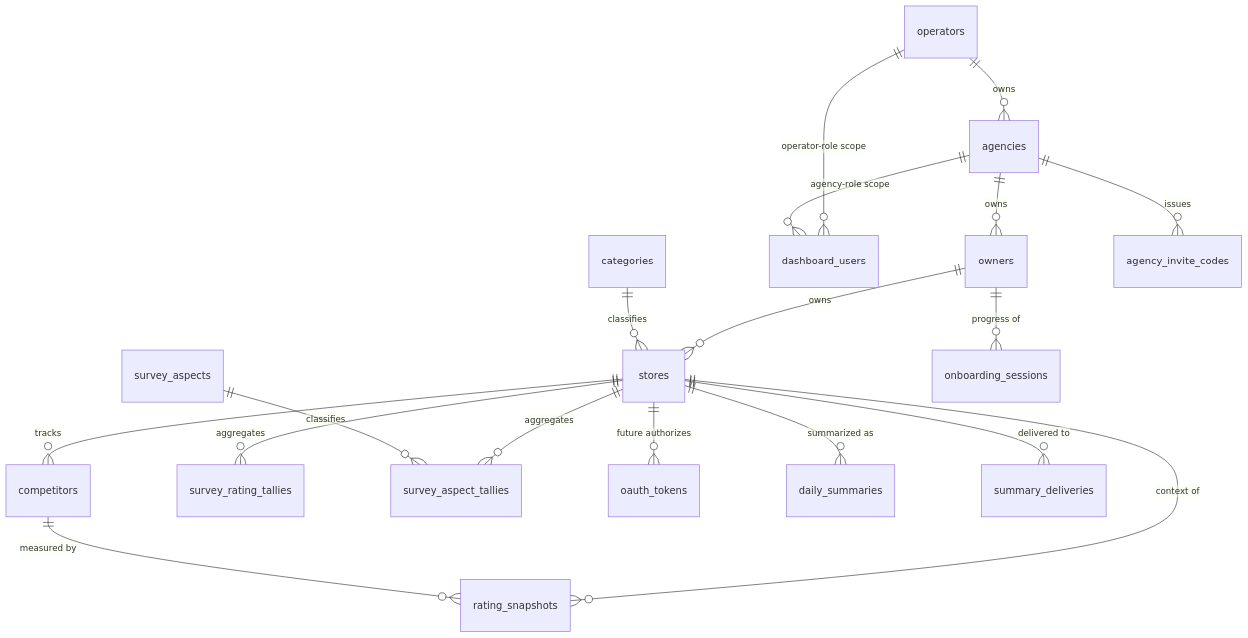
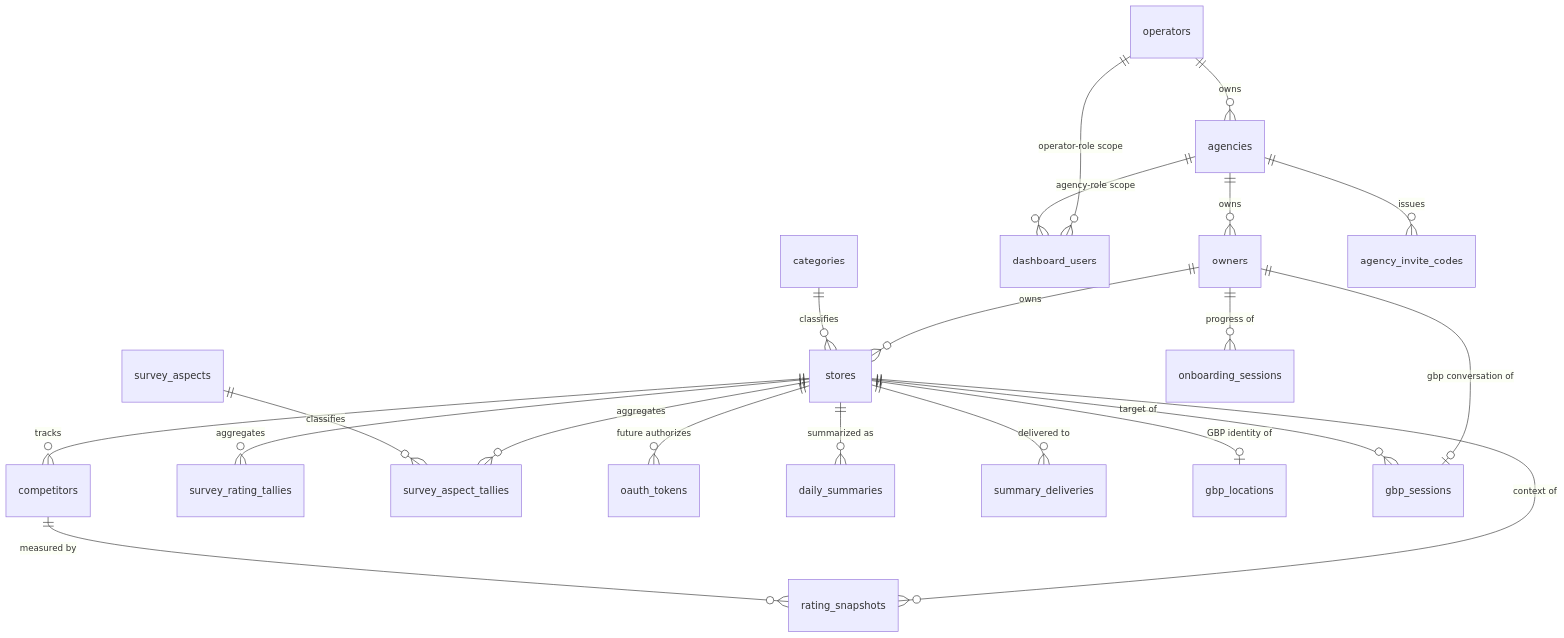
One commit to ManatoYamashita/fw-line-meo changed the diagram in db/ERD.md. Above: the diagram before and after it, drawn with Mermaid. The commit also changed other lines of this file and 6 other files, not shown here.

Commit message:
feat(gbp-post-review-reply): 1.1 GBP 連携用 DB スキーマ（gbp_locations・gbp_sessions）を確立

````diff
--- a/db/ERD.md
+++ b/db/ERD.md
@@ -8,20 +8,23 @@
 ```mermaid
 erDiagram
     operators ||--o{ agencies : owns
     agencies ||--o{ owners : owns
     owners ||--o{ stores : owns
     operators ||--o{ dashboard_users : "operator-role scope"
     agencies ||--o{ dashboard_users : "agency-role scope"
     categories ||--o{ stores : classifies
     stores ||--o{ competitors : tracks
     stores ||--o{ rating_snapshots : "context of"
     competitors ||--o{ rating_snapshots : "measured by"
     stores ||--o{ survey_rating_tallies : aggregates
     stores ||--o{ survey_aspect_tallies : aggregates
     survey_aspects ||--o{ survey_aspect_tallies : classifies
     stores ||--o{ oauth_tokens : "future authorizes"
     stores ||--o{ daily_summaries : "summarized as"
     stores ||--o{ summary_deliveries : "delivered to"
     agencies ||--o{ agency_invite_codes : issues
     owners ||--o{ onboarding_sessions : "progress of"
+    stores ||--o| gbp_locations : "GBP identity of"
+    owners ||--o| gbp_sessions : "gbp conversation of"
+    stores ||--o{ gbp_sessions : "target of"
 ```
````
